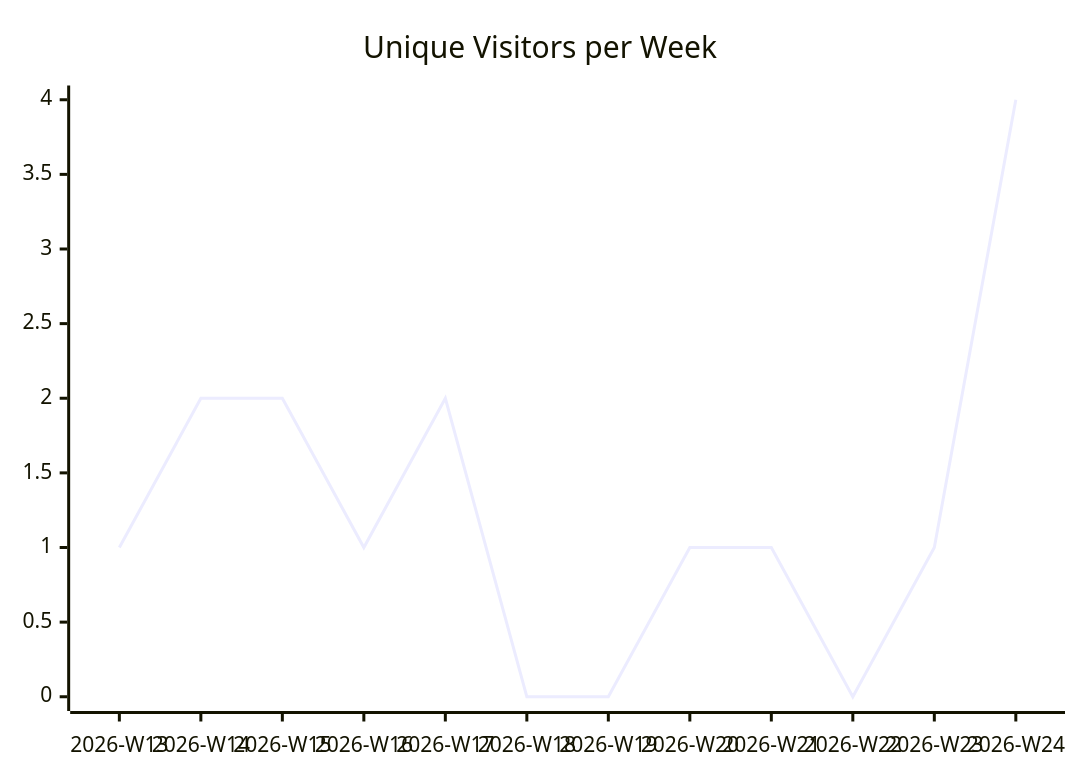
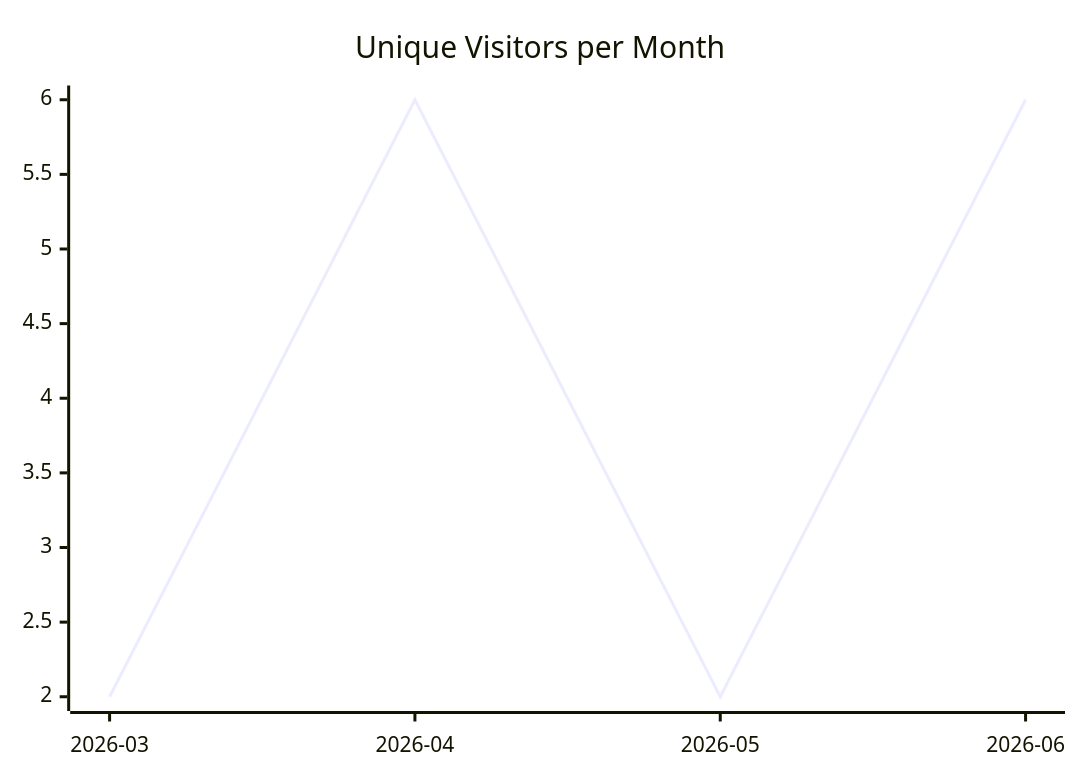
Before and after one commit to justdavis-family/github-analytics-data: the first of 3 diagrams in karlmdavis/fhir-benchmarks/README.md, drawn with Mermaid. The commit also changed other lines of this file and 198 other files, not shown here.

````diff
--- a/karlmdavis/fhir-benchmarks/README.md
+++ b/karlmdavis/fhir-benchmarks/README.md
@@ -5,6 +5,6 @@
 ```mermaid
 xychart-beta
-  title "Unique Visitors per Week"
-  x-axis ["2026-W13", "2026-W14", "2026-W15", "2026-W16", "2026-W17", "2026-W18", "2026-W19", "2026-W20", "2026-W21", "2026-W22", "2026-W23", "2026-W24"]
-  line [1, 2, 2, 1, 2, 0, 0, 1, 1, 0, 1, 4]
+  title "Unique Visitors per Month"
+  x-axis ["2026-03", "2026-04", "2026-05", "2026-06"]
+  line [2, 6, 2, 6]
 ```
````
